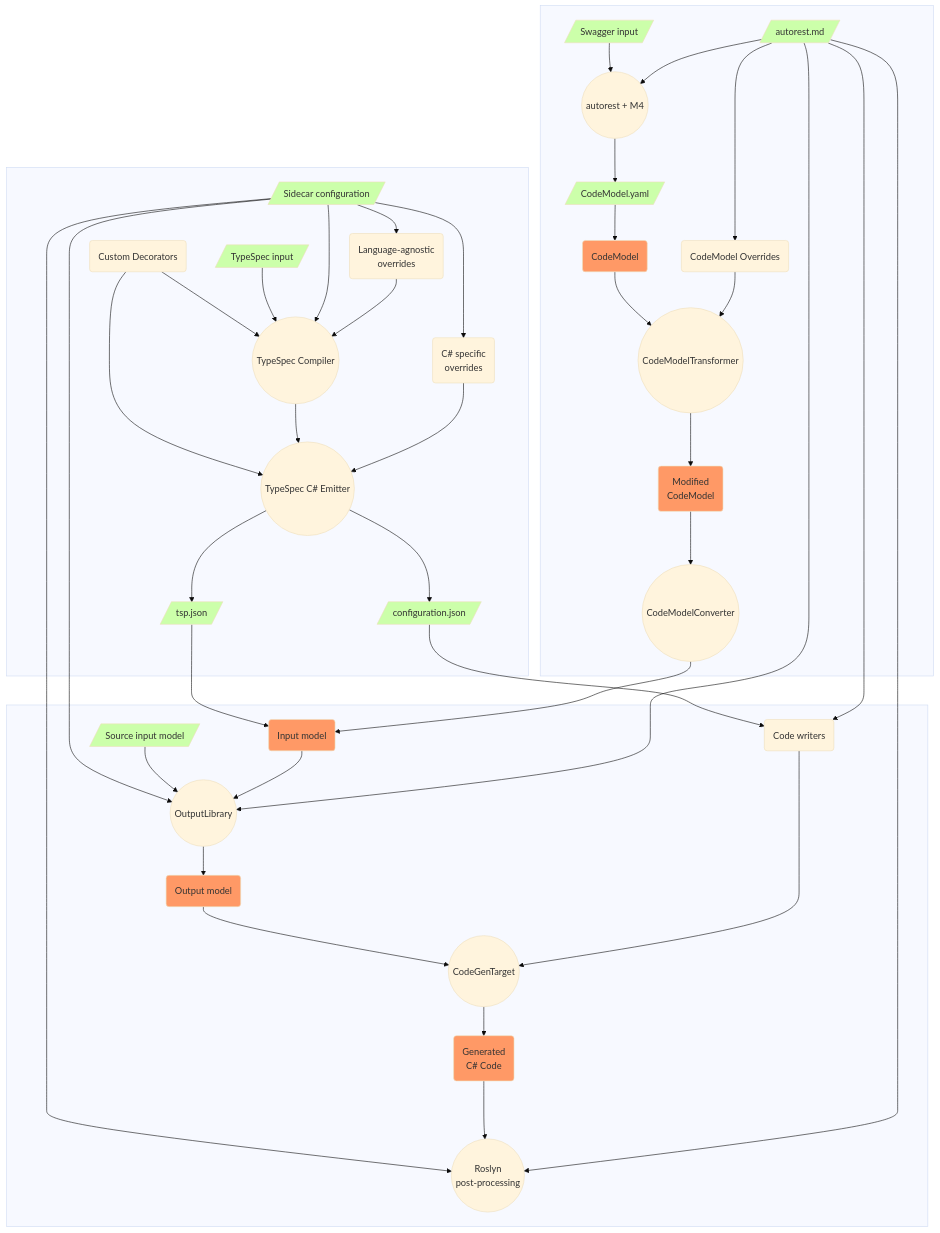
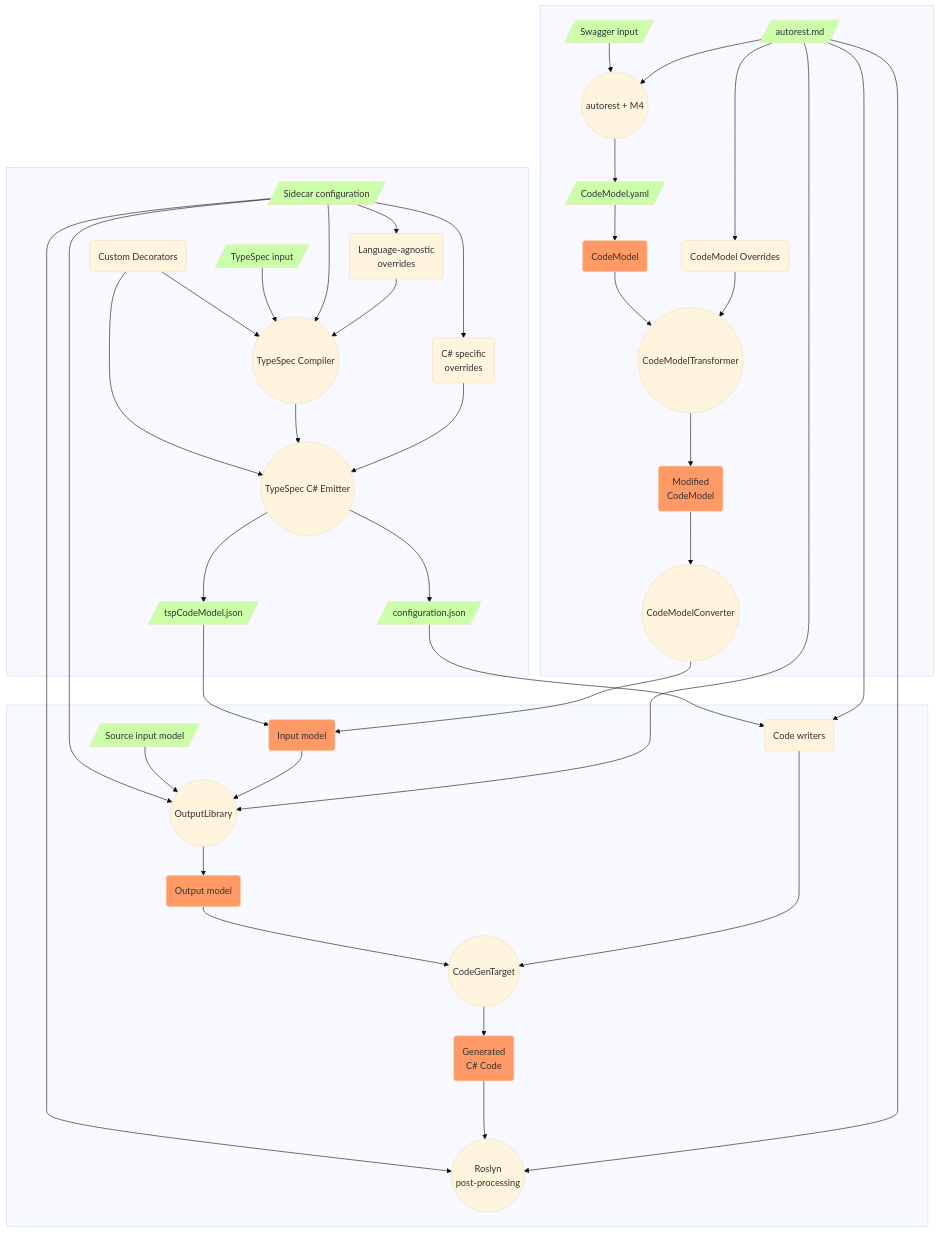
Before and after one commit to Azure/autorest.csharp: the diagram in docs/TypeSpec.md, drawn with Mermaid (base theme). The commit also changed other lines of this file and 61 other files, not shown here.

Commit message:
update tsp.json to tspCodeModel.json

````diff
--- a/docs/TypeSpec.md
+++ b/docs/TypeSpec.md
@@ -55,40 +55,40 @@
 ```mermaid
 flowchart TB
     subgraph G1 [ ]
       C02(Custom Decorators) --> C10 & C20
       C00[/TypeSpec input/]:::input --> C10
       C01[/Sidecar configuration/]:::input --> C10 & C11 & C21
       C10((TypeSpec Compiler)) --> C20
       C11(Language-agnostic\noverrides) --> C10
       C20((TypeSpec C# Emitter)) --> C30 & C31
       C21(C# specific\noverrides) --> C20
     end
-    C30[/tsp.json/]:::input --> C40
+    C30[/tspCodeModel.json/]:::input --> C40
     C31[/configuration.json/]:::input --> C61
     C01 --> C50 & C90
     subgraph G3 [ ]
       C41[/Source input model/]:::input --> C50
       C40(Input model):::data --> C50
       C50((OutputLibrary)) --> C60
       C60(Output model):::data --> C70
       C61(Code writers) --> C70
       C70((CodeGenTarget)) --> C80
       C80(Generated\nC# Code):::data ---> C90
       C90((Roslyn\npost-processing))
     end
     subgraph G2 [ ]
       S00[/Swagger input/]:::input --> S10
       S02[/autorest.md/]:::input --> S10
       S10((autorest + M4)) --> S30
       S40(CodeModel):::data --> S50
       S02 --> S41(CodeModel Overrides) -->  S50
       S50((CodeModelTransformer))--> S60
       S60(Modified\nCodeModel):::data --> S70
       S70((CodeModelConverter)) --> C40
     end
     S02 --> C50 & C61 & C90
     S30[/CodeModel.yaml/]:::input --> S40
 
     classDef input fill:#cfa;
     classDef data fill:#f96;
 ```
````
